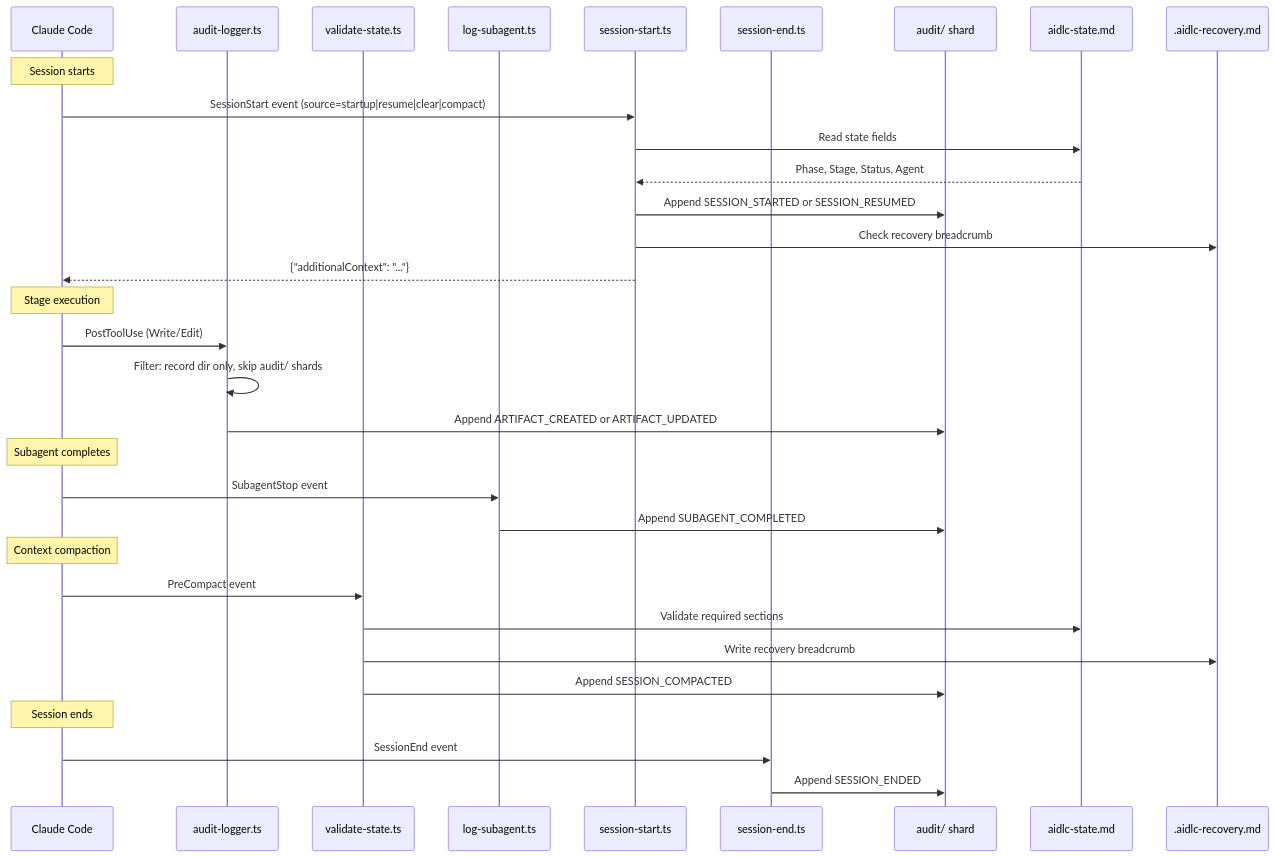
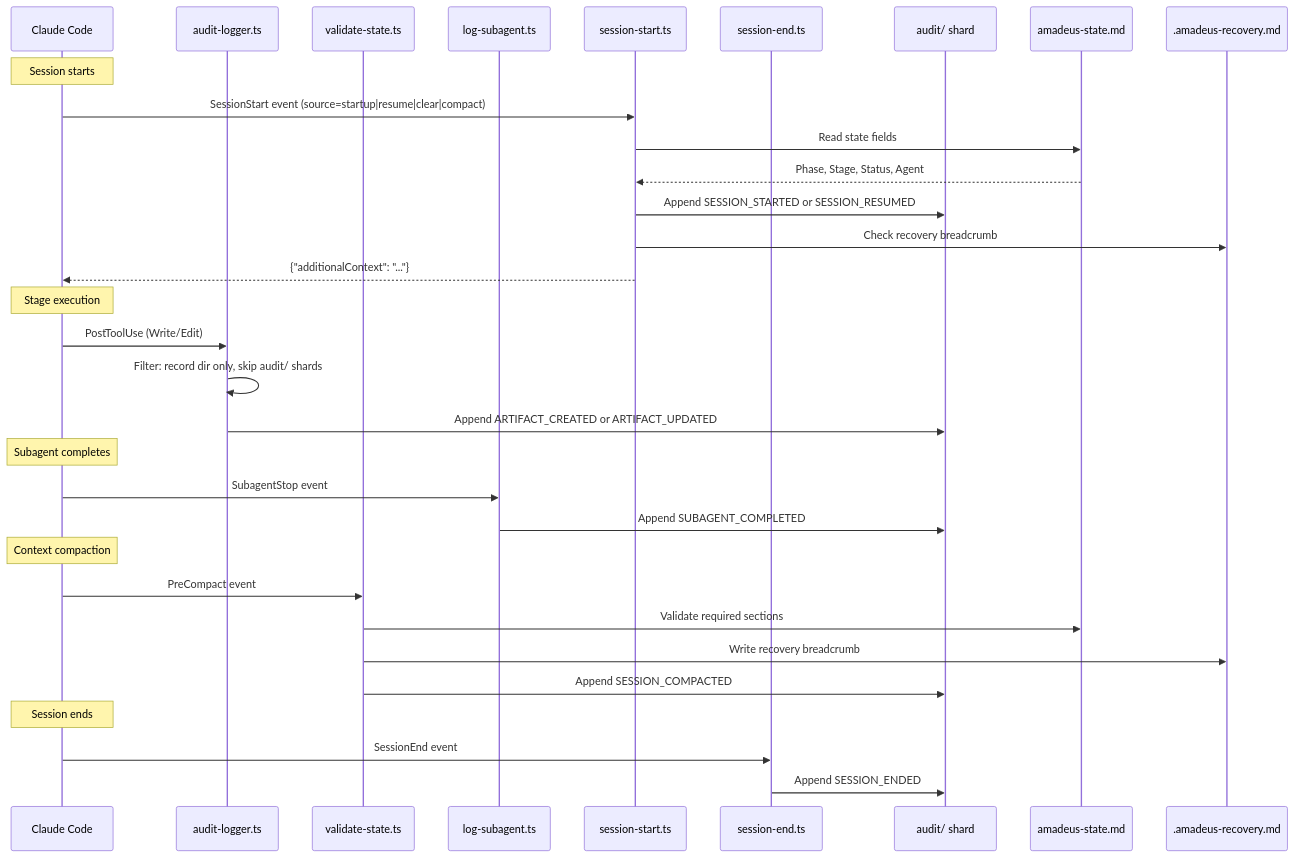
One commit to amadeus-dlc/amadeus changed the diagram in docs/reference/06-hooks-and-tools.md. Above: the diagram before and after it, drawn with Mermaid. The commit also changed other lines of this file and 855 other files, not shown here.

Commit message:
refactor: rename aidlc prefixes to amadeus

````diff
--- a/docs/reference/06-hooks-and-tools.md
+++ b/docs/reference/06-hooks-and-tools.md
@@ -60,39 +60,39 @@
 ```mermaid
 sequenceDiagram
     participant CC as Claude Code
     participant AL as audit-logger.ts
     participant VS as validate-state.ts
     participant LS as log-subagent.ts
     participant SS as session-start.ts
     participant SE as session-end.ts
     participant AF as audit/ shard
-    participant SF as aidlc-state.md
-    participant RF as .aidlc-recovery.md
+    participant SF as amadeus-state.md
+    participant RF as .amadeus-recovery.md
 
     Note over CC: Session starts
     CC->>SS: SessionStart event (source=startup|resume|clear|compact)
     SS->>SF: Read state fields
     SF-->>SS: Phase, Stage, Status, Agent
     SS->>AF: Append SESSION_STARTED or SESSION_RESUMED
     SS->>RF: Check recovery breadcrumb
     SS-->>CC: {"additionalContext": "..."}
 
     Note over CC: Stage execution
     CC->>AL: PostToolUse (Write/Edit)
     AL->>AL: Filter: record dir only, skip audit/ shards
     AL->>AF: Append ARTIFACT_CREATED or ARTIFACT_UPDATED
 
     Note over CC: Subagent completes
     CC->>LS: SubagentStop event
     LS->>AF: Append SUBAGENT_COMPLETED
 
     Note over CC: Context compaction
     CC->>VS: PreCompact event
     VS->>SF: Validate required sections
     VS->>RF: Write recovery breadcrumb
     VS->>AF: Append SESSION_COMPACTED
 
     Note over CC: Session ends
     CC->>SE: SessionEnd event
     SE->>AF: Append SESSION_ENDED
 ```
````
